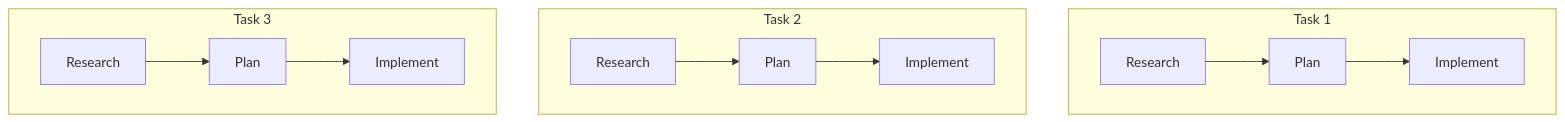
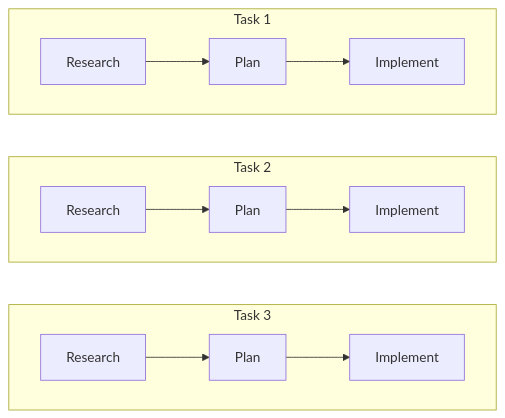
One commit to michael-elkabetz/features changed the first of 3 diagrams in README.md. Above: the diagram before and after it, drawn with Mermaid.

````diff
--- a/README.md
+++ b/README.md
@@ -61,16 +61,16 @@
 ```mermaid
-flowchart LR
-    subgraph task3 ["Task 3"]
+flowchart TB
+    subgraph task1 ["Task 1"]
         direction LR
-        R3["Research"] --> P3["Plan"] --> E3["Implement"]
+        R1["Research"] --> P1["Plan"] --> E1["Implement"]
     end
     subgraph task2 ["Task 2"]
         direction LR
         R2["Research"] --> P2["Plan"] --> E2["Implement"]
     end
-    subgraph task1 ["Task 1"]
+    subgraph task3 ["Task 3"]
         direction LR
-        R1["Research"] --> P1["Plan"] --> E1["Implement"]
+        R3["Research"] --> P3["Plan"] --> E3["Implement"]
     end
-    R3 ~~~ R2 ~~~ R1
+    task1 ~~~ task2 ~~~ task3
 ```
````
